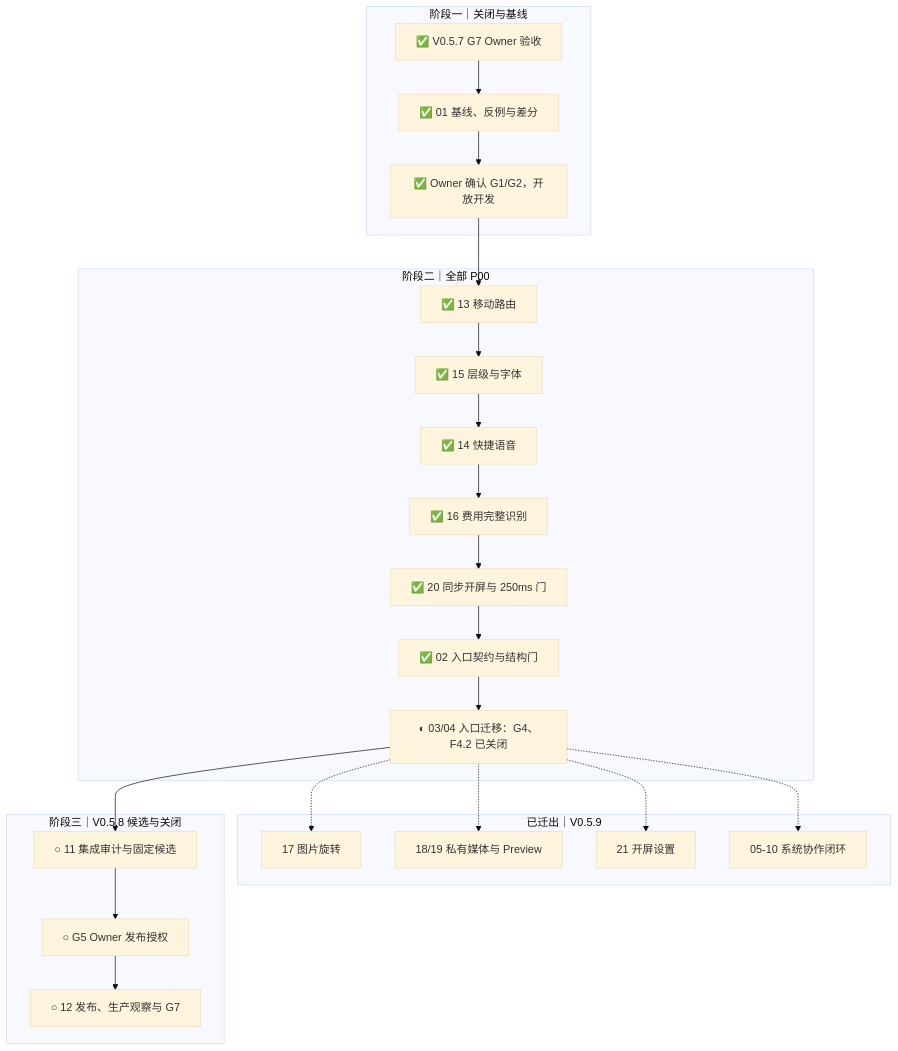
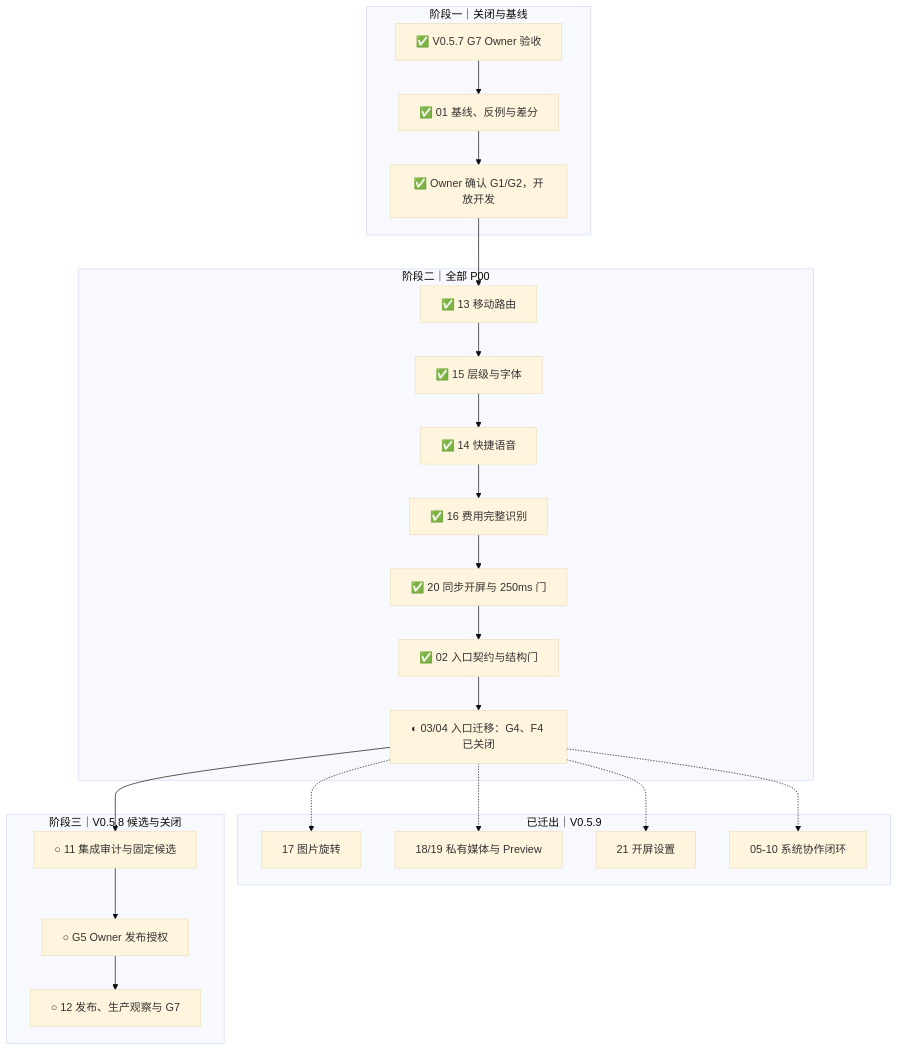
Before and after one commit to 77Liu/for-now: the diagram in reports/iteration-plan-v0.5.8-2026-10-05.md, drawn with Mermaid (base theme). The commit also changed other lines of this file and 4 other files, not shown here.

````diff
--- a/reports/iteration-plan-v0.5.8-2026-10-05.md
+++ b/reports/iteration-plan-v0.5.8-2026-10-05.md
@@ -223,27 +223,27 @@
 ```mermaid
 flowchart TD
   subgraph GATE["阶段一｜关闭与基线"]
     A["✅ V0.5.7 G7 Owner 验收"] --> B["✅ 01 基线、反例与差分"]
     B --> C["✅ Owner 确认 G1/G2，开放开发"]
   end
   subgraph P00["阶段二｜全部 P00"]
     C --> D1["✅ 13 移动路由"]
     D1 --> D2["✅ 15 层级与字体"]
     D2 --> E["✅ 14 快捷语音"]
     E --> F["✅ 16 费用完整识别"]
     F --> G["✅ 20 同步开屏与 250ms 门"]
     G --> H["✅ 02 入口契约与结构门"]
-    H --> I["◐ 03/04 入口迁移：G4、F4.2 已关闭"]
+    H --> I["◐ 03/04 入口迁移：G4、F4 已关闭"]
   end
   subgraph NEXT["已迁出｜V0.5.9"]
     I -.-> J["17 图片旋转"]
     I -.-> K["18/19 私有媒体与 Preview"]
     I -.-> L["21 开屏设置"]
     I -.-> M["05-10 系统协作闭环"]
   end
   subgraph RELEASE["阶段三｜V0.5.8 候选与关闭"]
     I --> O["○ 11 集成审计与固定候选"]
     O --> P["○ G5 Owner 发布授权"]
     P --> Q["○ 12 发布、生产观察与 G7"]
   end
 ```
````
